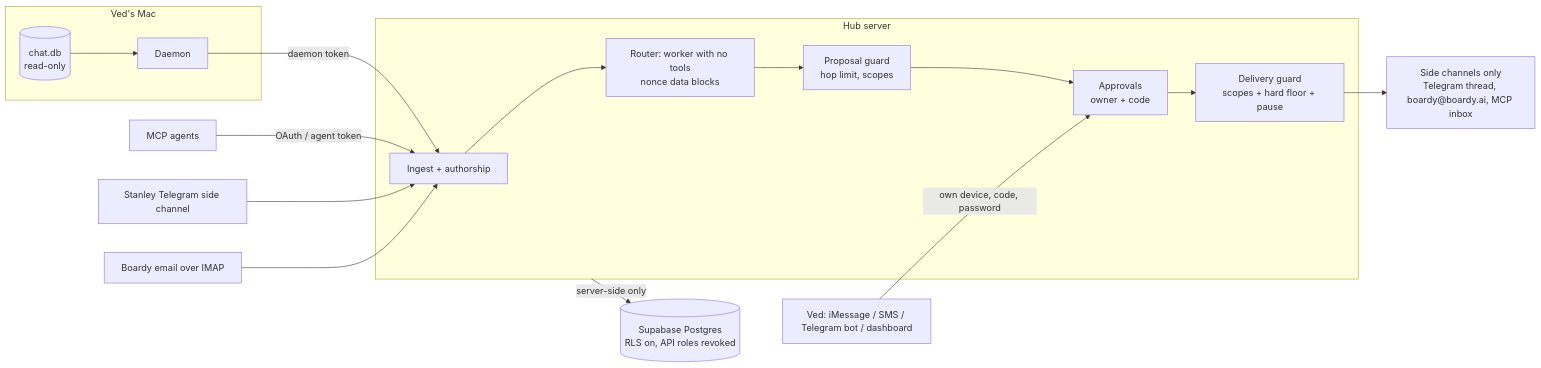
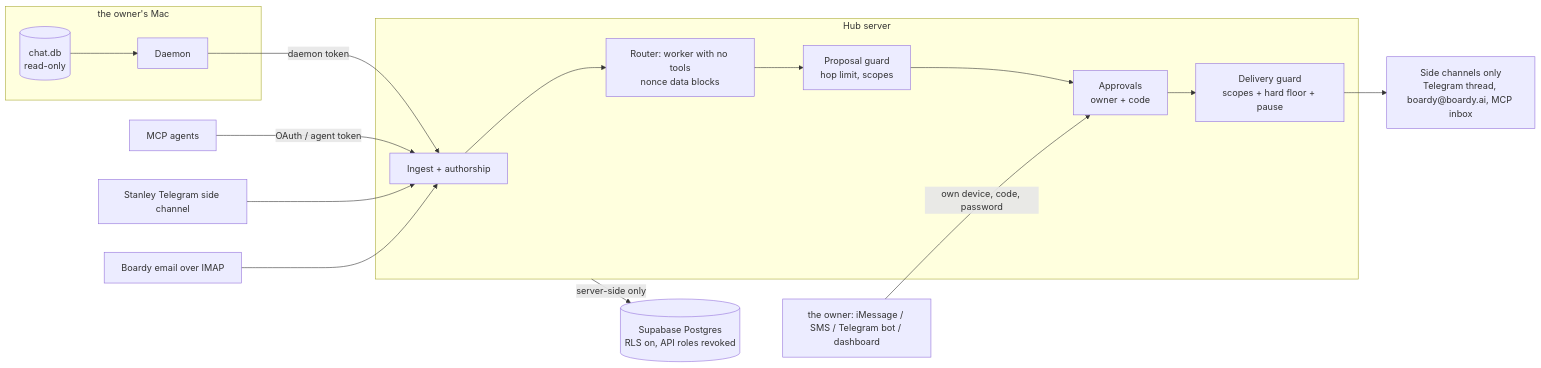
Before and after one commit to Vedthakar/agent-hub: the diagram in THREAT_MODEL.md, drawn with Mermaid. The commit also changed other lines of this file and 26 other files, not shown here.

````diff
--- a/THREAT_MODEL.md
+++ b/THREAT_MODEL.md
@@ -35,19 +35,19 @@
 ```mermaid
 flowchart LR
-  subgraph Mac["Ved's Mac"]
+  subgraph Mac["the owner's Mac"]
     chatdb[(chat.db<br/>read-only)] --> daemon[Daemon]
   end
   subgraph Hub["Hub server"]
     ingest[Ingest + authorship] --> router[Router: worker with no tools<br/>nonce data blocks]
     router --> guard1[Proposal guard<br/>hop limit, scopes]
     guard1 --> approvals[Approvals<br/>owner + code]
     approvals --> guard2[Delivery guard<br/>scopes + hard floor + pause]
   end
   daemon -- daemon token --> ingest
   agents[MCP agents] -- OAuth / agent token --> ingest
   tg[Stanley Telegram side channel] --> ingest
   mail[Boardy email over IMAP] --> ingest
-  ved[Ved: iMessage / SMS / Telegram bot / dashboard] -- own device, code, password --> approvals
+  ved[the owner: iMessage / SMS / Telegram bot / dashboard] -- own device, code, password --> approvals
   guard2 --> out[Side channels only<br/>Telegram thread, boardy@boardy.ai, MCP inbox]
   Hub -- server-side only --> db[(Supabase Postgres<br/>RLS on, API roles revoked)]
 ```
````
